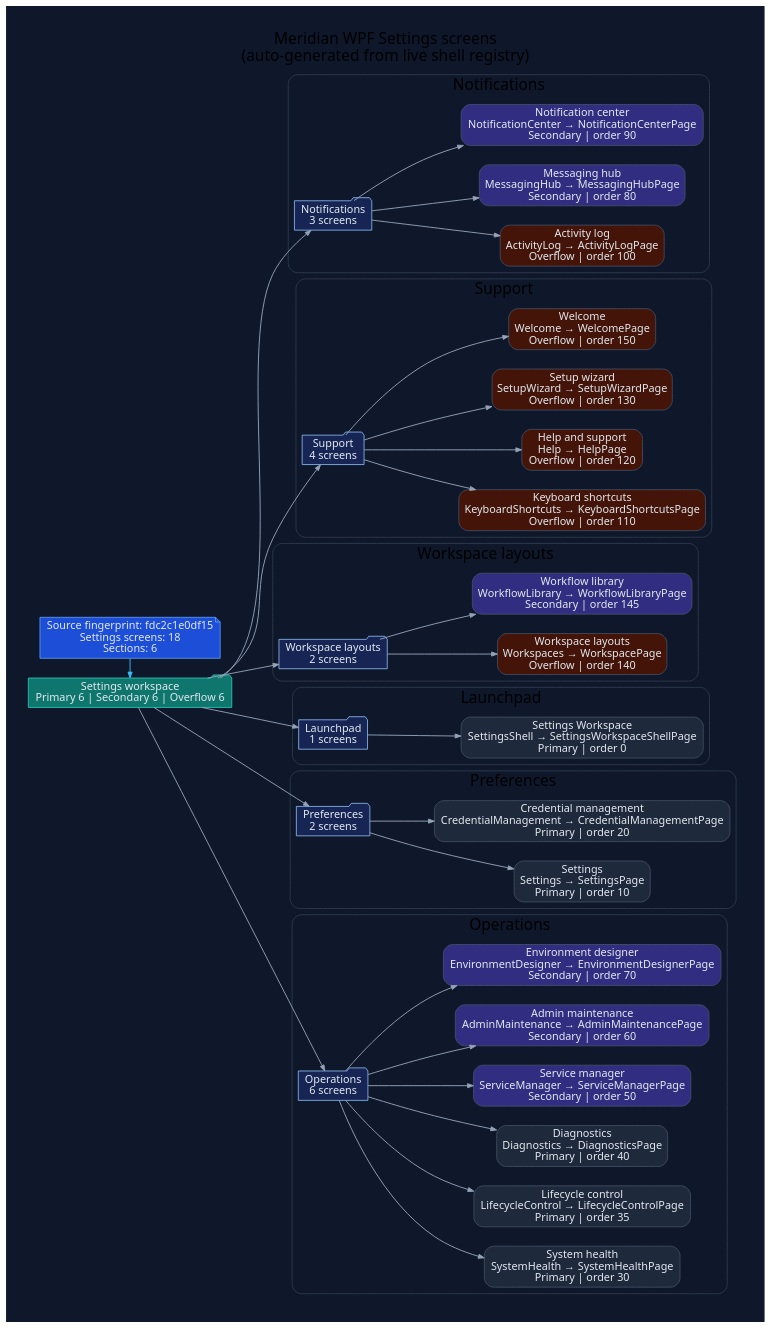
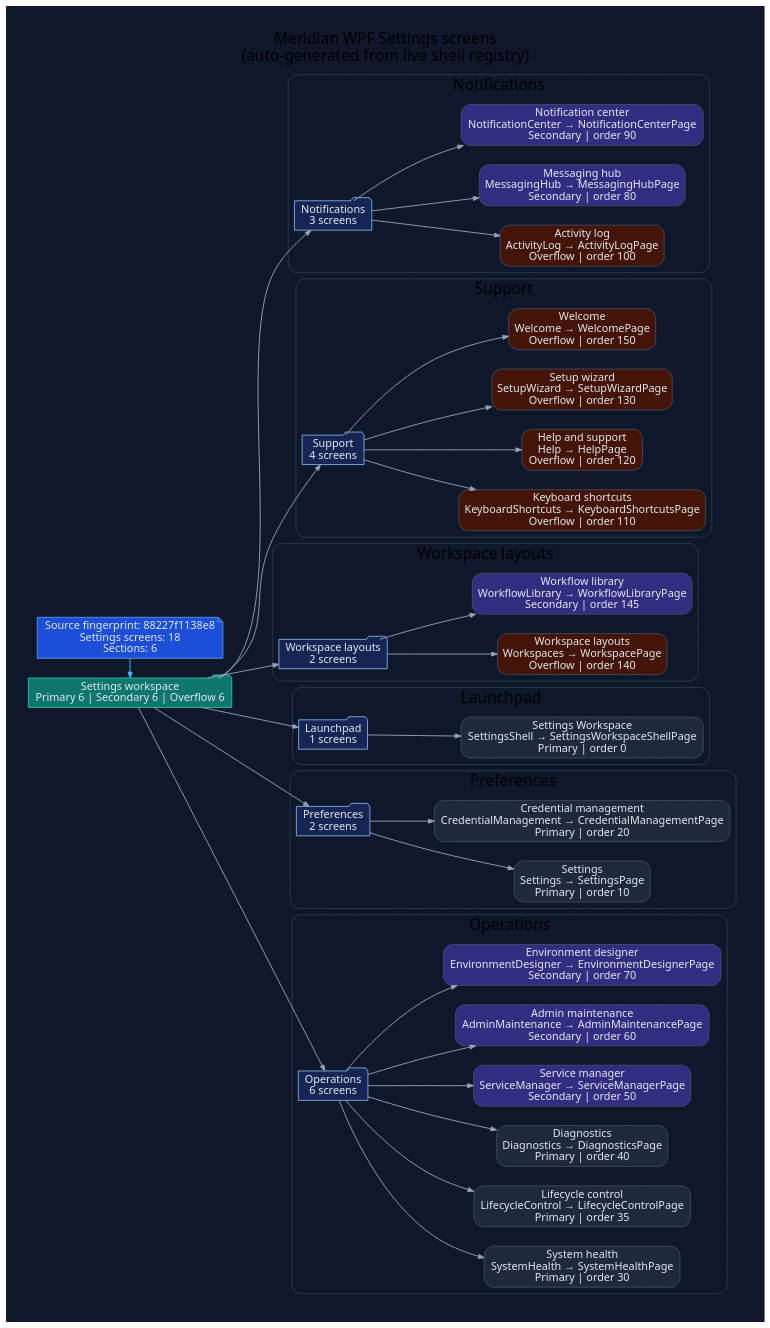
One commit to rodoHasArrived/Meridian-main changed the diagram in docs/diagrams/ui-wpf-screens-settings.dot. Above: the diagram before and after it, drawn with Graphviz. The commit also changed 22 other files, not shown here.

First line of the commit message:
docs: apply CI generated-repair patch for WPF UI diagrams and repository tree

```diff
--- a/docs/diagrams/ui-wpf-screens-settings.dot
+++ b/docs/diagrams/ui-wpf-screens-settings.dot
@@ -1,110 +1,110 @@
 // -----------------------------------------------------------------------------
 // <auto-generated>
 // Generated by scripts/generate-diagrams.mjs.
 // Do not edit this file directly; update the WPF source files instead.
 // -----------------------------------------------------------------------------
 digraph WpfSettingsScreens {
   graph [
     rankdir=LR,
     labelloc=t,
     label="Meridian WPF Settings screens\n(auto-generated from live shell registry)",
     fontname="Segoe UI",
     fontsize=20,
     pad=0.4,
     nodesep=0.35,
     ranksep=0.85,
     bgcolor="#0f172a"
   ];
   node [fontname="Segoe UI", shape=box, style="rounded,filled", color="#475569", fontcolor="#e2e8f0", fillcolor="#1e293b"];
   edge [fontname="Segoe UI", color="#94a3b8", penwidth=1.2, arrowsize=0.75];
 
-  generated [shape=note, fillcolor="#1d4ed8", color="#60a5fa", label="Source fingerprint: fdc2c1e0df15\nSettings screens: 18\nSections: 6"];
+  generated [shape=note, fillcolor="#1d4ed8", color="#60a5fa", label="Source fingerprint: 88227f1138e8\nSettings screens: 18\nSections: 6"];
   workspace [shape=folder, fillcolor="#0f766e", color="#2dd4bf", label="Settings workspace\nPrimary 6 | Secondary 6 | Overflow 6"];
   generated -> workspace [color="#38bdf8"];
 
   subgraph cluster_section_1 {
     label="Notifications";
     color="#334155";
     style="rounded";
     section_1 [shape=folder, fillcolor="#172554", color="#93c5fd", label="Notifications\n3 screens"];
     workspace -> section_1;
     screen_ActivityLog [fillcolor="#431407", label="Activity log\nActivityLog → ActivityLogPage\nOverflow | order 100"];
     section_1 -> screen_ActivityLog;
     screen_MessagingHub [fillcolor="#312e81", label="Messaging hub\nMessagingHub → MessagingHubPage\nSecondary | order 80"];
     section_1 -> screen_MessagingHub;
     screen_NotificationCenter [fillcolor="#312e81", label="Notification center\nNotificationCenter → NotificationCenterPage\nSecondary | order 90"];
     section_1 -> screen_NotificationCenter;
   }
 
   subgraph cluster_section_2 {
     label="Support";
     color="#334155";
     style="rounded";
     section_2 [shape=folder, fillcolor="#172554", color="#93c5fd", label="Support\n4 screens"];
     workspace -> section_2;
     screen_KeyboardShortcuts [fillcolor="#431407", label="Keyboard shortcuts\nKeyboardShortcuts → KeyboardShortcutsPage\nOverflow | order 110"];
     section_2 -> screen_KeyboardShortcuts;
     screen_Help [fillcolor="#431407", label="Help and support\nHelp → HelpPage\nOverflow | order 120"];
     section_2 -> screen_Help;
     screen_SetupWizard [fillcolor="#431407", label="Setup wizard\nSetupWizard → SetupWizardPage\nOverflow | order 130"];
     section_2 -> screen_SetupWizard;
     screen_Welcome [fillcolor="#431407", label="Welcome\nWelcome → WelcomePage\nOverflow | order 150"];
     section_2 -> screen_Welcome;
   }
 
   subgraph cluster_section_3 {
     label="Workspace layouts";
     color="#334155";
     style="rounded";
     section_3 [shape=folder, fillcolor="#172554", color="#93c5fd", label="Workspace layouts\n2 screens"];
     workspace -> section_3;
     screen_Workspaces [fillcolor="#431407", label="Workspace layouts\nWorkspaces → WorkspacePage\nOverflow | order 140"];
     section_3 -> screen_Workspaces;
     screen_WorkflowLibrary [fillcolor="#312e81", label="Workflow library\nWorkflowLibrary → WorkflowLibraryPage\nSecondary | order 145"];
     section_3 -> screen_WorkflowLibrary;
   }
 
   subgraph cluster_section_4 {
     label="Launchpad";
     color="#334155";
     style="rounded";
     section_4 [shape=folder, fillcolor="#172554", color="#93c5fd", label="Launchpad\n1 screens"];
     workspace -> section_4;
     screen_SettingsShell [fillcolor="#1e293b", label="Settings Workspace\nSettingsShell → SettingsWorkspaceShellPage\nPrimary | order 0"];
     section_4 -> screen_SettingsShell;
   }
 
   subgraph cluster_section_5 {
     label="Preferences";
     color="#334155";
     style="rounded";
     section_5 [shape=folder, fillcolor="#172554", color="#93c5fd", label="Preferences\n2 screens"];
     workspace -> section_5;
     screen_Settings [fillcolor="#1e293b", label="Settings\nSettings → SettingsPage\nPrimary | order 10"];
     section_5 -> screen_Settings;
     screen_CredentialManagement [fillcolor="#1e293b", label="Credential management\nCredentialManagement → CredentialManagementPage\nPrimary | order 20"];
     section_5 -> screen_CredentialManagement;
   }
 
   subgraph cluster_section_6 {
     label="Operations";
     color="#334155";
     style="rounded";
     section_6 [shape=folder, fillcolor="#172554", color="#93c5fd", label="Operations\n6 screens"];
     workspace -> section_6;
     screen_SystemHealth [fillcolor="#1e293b", label="System health\nSystemHealth → SystemHealthPage\nPrimary | order 30"];
     section_6 -> screen_SystemHealth;
     screen_LifecycleControl [fillcolor="#1e293b", label="Lifecycle control\nLifecycleControl → LifecycleControlPage\nPrimary | order 35"];
     section_6 -> screen_LifecycleControl;
     screen_Diagnostics [fillcolor="#1e293b", label="Diagnostics\nDiagnostics → DiagnosticsPage\nPrimary | order 40"];
     section_6 -> screen_Diagnostics;
     screen_ServiceManager [fillcolor="#312e81", label="Service manager\nServiceManager → ServiceManagerPage\nSecondary | order 50"];
     section_6 -> screen_ServiceManager;
     screen_AdminMaintenance [fillcolor="#312e81", label="Admin maintenance\nAdminMaintenance → AdminMaintenancePage\nSecondary | order 60"];
     section_6 -> screen_AdminMaintenance;
     screen_EnvironmentDesigner [fillcolor="#312e81", label="Environment designer\nEnvironmentDesigner → EnvironmentDesignerPage\nSecondary | order 70"];
     section_6 -> screen_EnvironmentDesigner;
   }
 
   { rank=min; generated; workspace; }
 }
```
